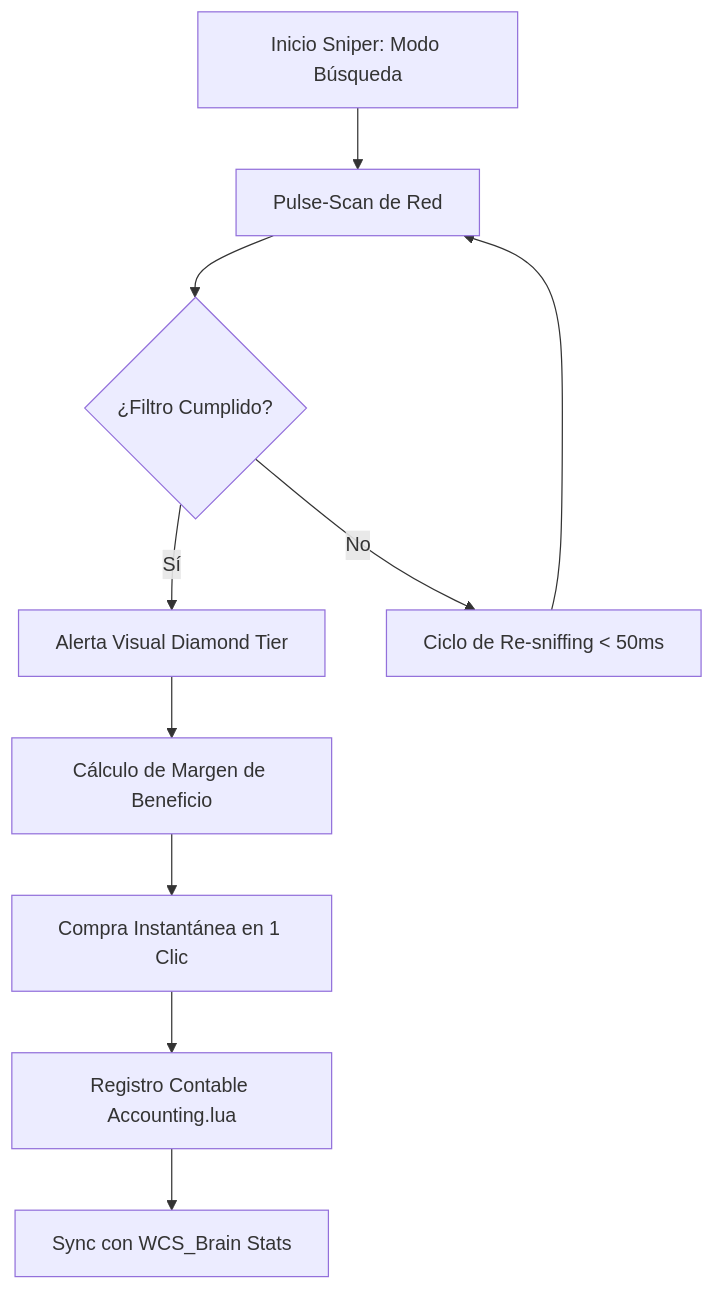
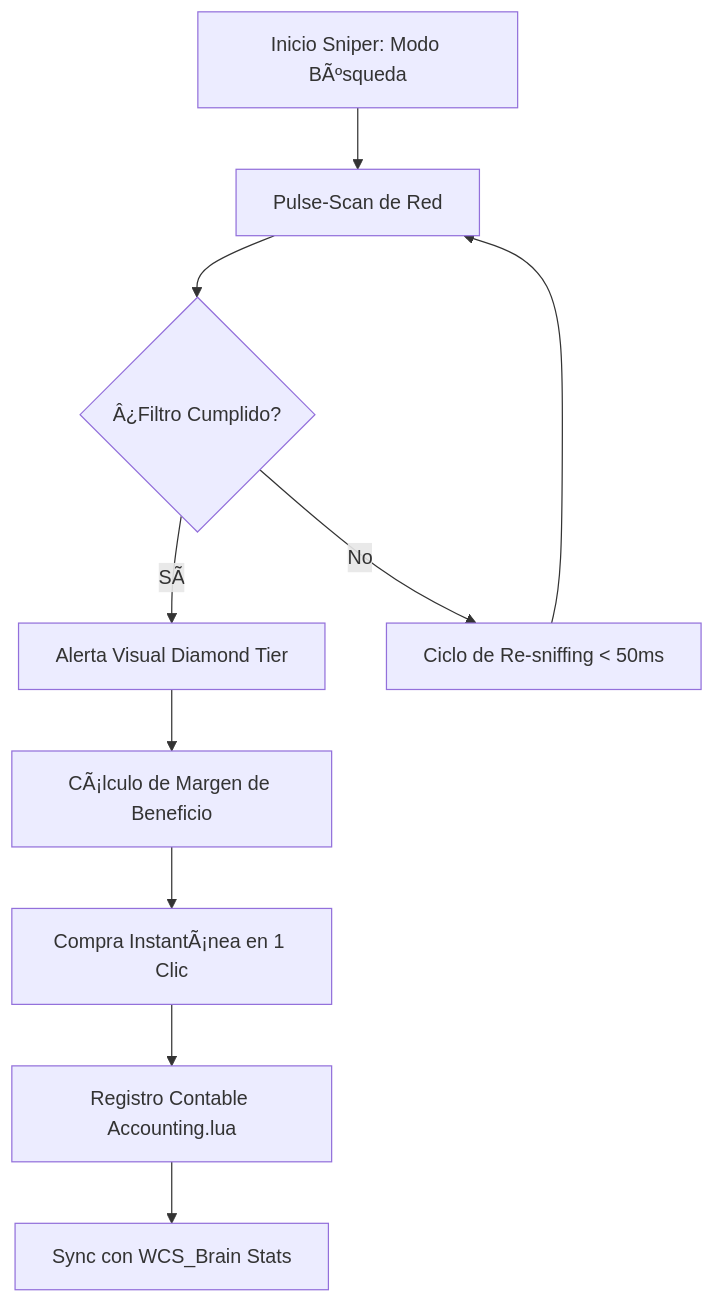
Before and after one commit to DarckRovert/AUX-Trading-El-Sequito-del-Terror-Edition: the diagram in wiki/Architecture.md, drawn with Mermaid. The commit also changed other lines of this file and 4 other files, not shown here.

````diff
--- a/wiki/Architecture.md
+++ b/wiki/Architecture.md
@@ -18,12 +18,12 @@
 ```mermaid
 graph TD
-    A[Inicio Sniper: Modo Búsqueda] --> B[Pulse-Scan de Red]
-    B --> C{¿Filtro Cumplido?}
-    C -- Sí --> D[Alerta Visual Diamond Tier]
-    D --> E[Cálculo de Margen de Beneficio]
-    E --> F[Compra Instantánea en 1 Clic]
+    A[Inicio Sniper: Modo BÃºsqueda] --> B[Pulse-Scan de Red]
+    B --> C{Â¿Filtro Cumplido?}
+    C -- SÃ­ --> D[Alerta Visual Diamond Tier]
+    D --> E[CÃ¡lculo de Margen de Beneficio]
+    E --> F[Compra InstantÃ¡nea en 1 Clic]
     F --> G[Registro Contable Accounting.lua]
     G --> H[Sync con WCS_Brain Stats]
     C -- No --> I[Ciclo de Re-sniffing < 50ms]
     I --> B
 ```
````
